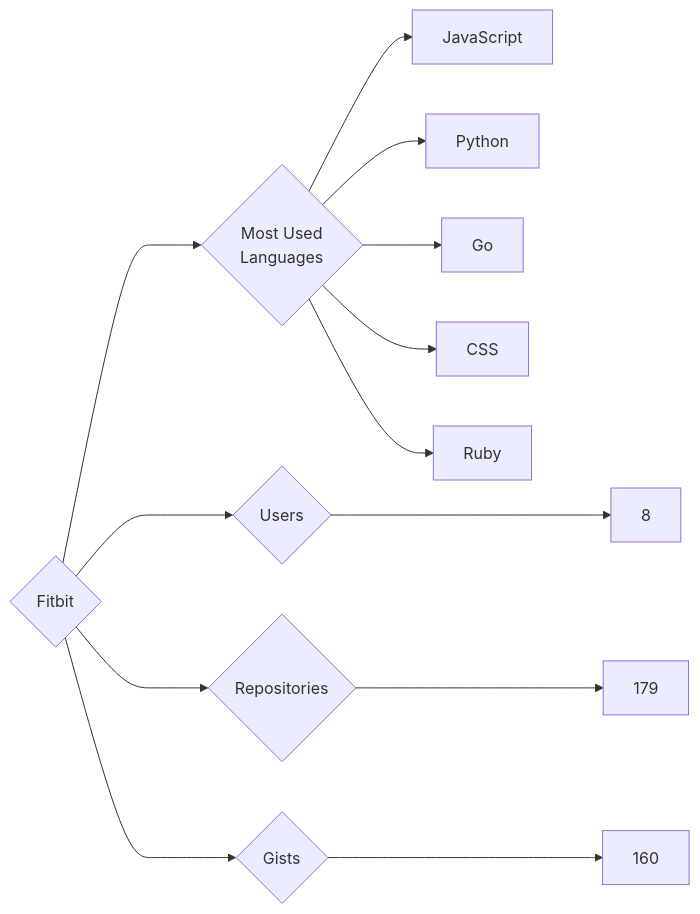
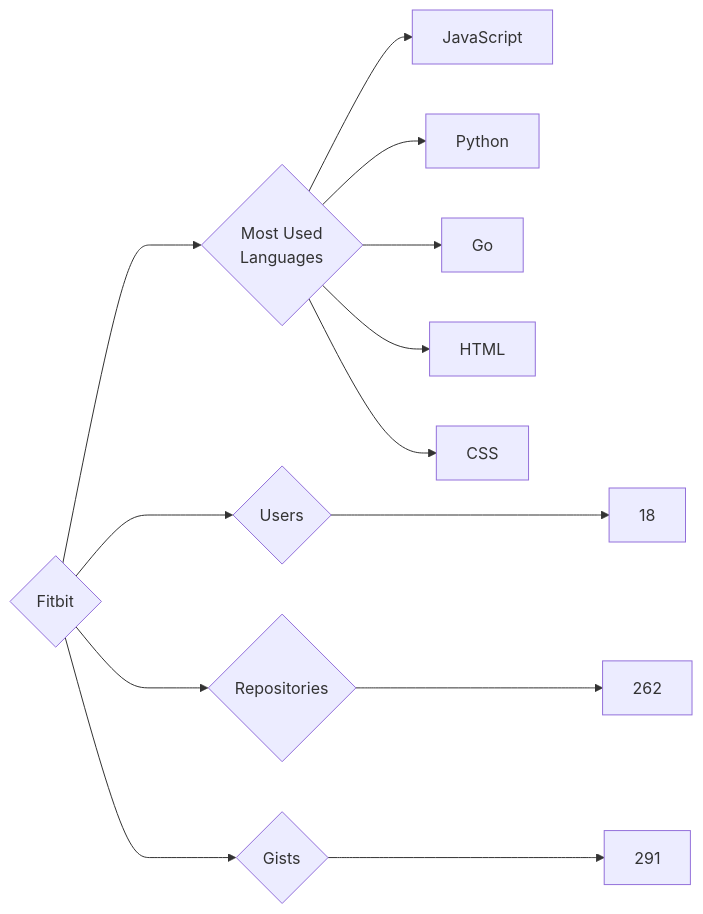
Before and after one commit to trickest/insiders: the diagram in targets/Fitbit/README.md, drawn with Mermaid. The commit also changed 847 other files, not shown here.

````diff
--- a/targets/Fitbit/README.md
+++ b/targets/Fitbit/README.md
@@ -3,13 +3,13 @@
 ```mermaid
 graph LR
 COMPANY_NAME{Fitbit}
-COMPANY_NAME ---> U{Users} ---> UN[8]
-COMPANY_NAME ---> R{Repositories} ---> RN[179]
-COMPANY_NAME ---> G{Gists} ---> GN[160]
+COMPANY_NAME ---> U{Users} ---> UN[18]
+COMPANY_NAME ---> R{Repositories} ---> RN[262]
+COMPANY_NAME ---> G{Gists} ---> GN[291]
 COMPANY_NAME ---> ML{Most Used<br>Languages}
 ML --> JavaScript[JavaScript]
 ML --> Python[Python]
 ML --> Go[Go]
+ML --> HTML[HTML]
 ML --> CSS[CSS]
-ML --> Ruby[Ruby]
 ```
````
